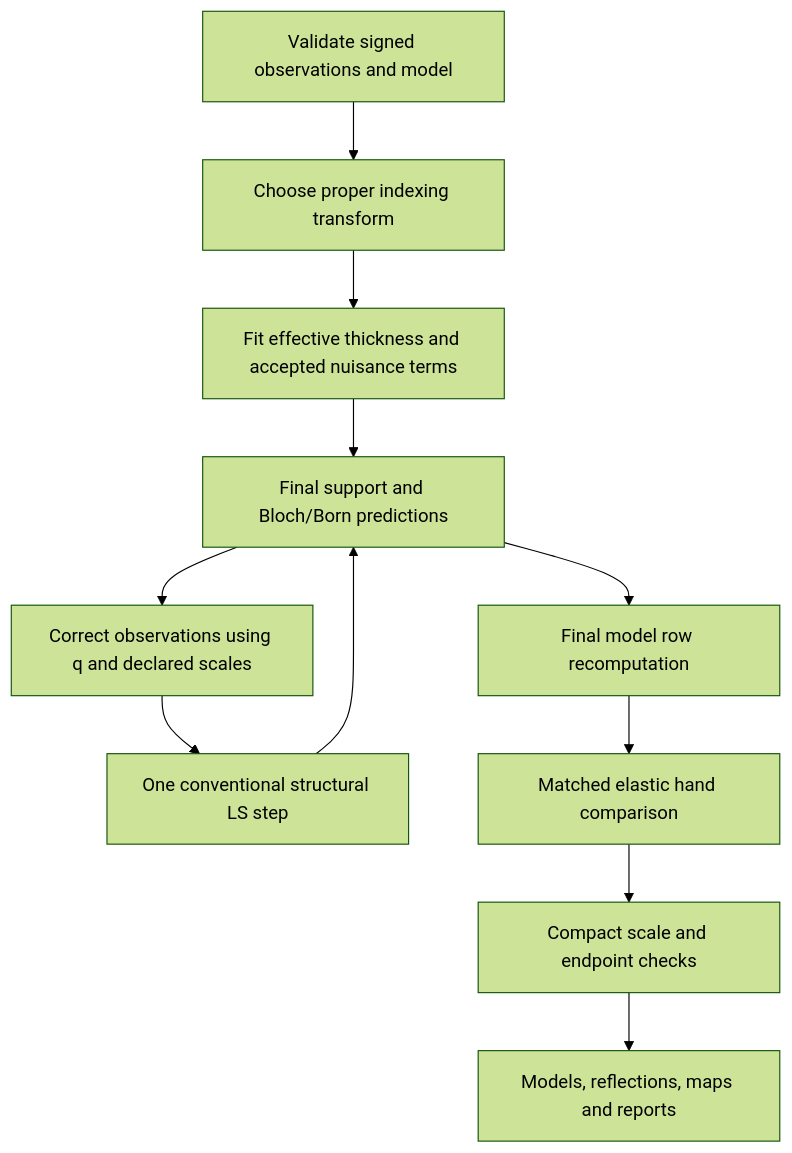
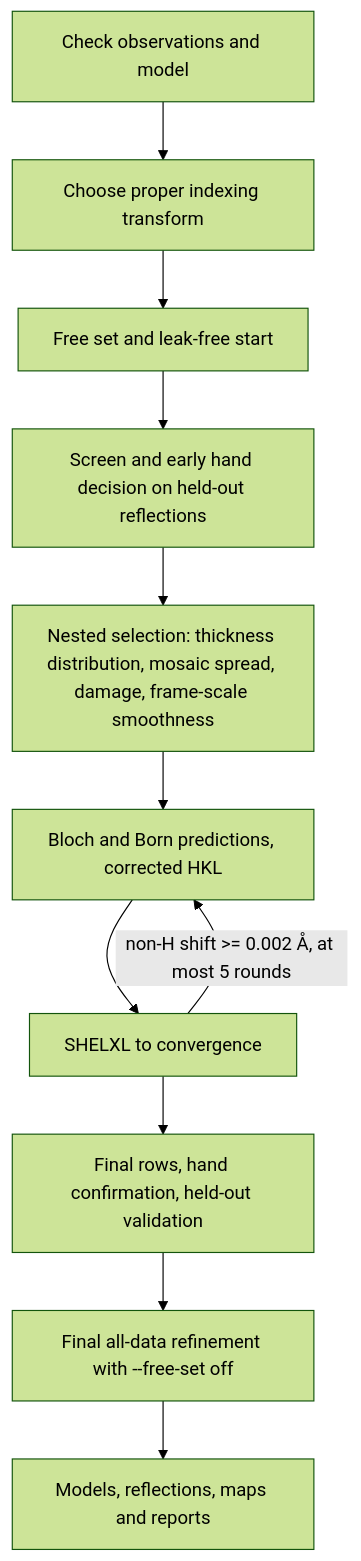
Before and after one commit to Martynowycz-Lab/GROND: the second of 2 diagrams in docs/CODE_MAP.md, drawn with Mermaid (forest theme). The commit also changed other lines of this file and 430 other files, not shown here.

````diff
--- a/docs/CODE_MAP.md
+++ b/docs/CODE_MAP.md
@@ -52,13 +55,13 @@
 ```mermaid
 flowchart TD
-    A[Validate signed observations and model] --> B[Choose proper indexing transform]
-    B --> C[Fit effective thickness and accepted nuisance terms]
-    C --> D[Final support and Bloch/Born predictions]
-    D --> E[Correct observations using q and declared scales]
-    E --> F[One conventional structural LS step]
-    F --> D
-    D --> G[Final model row recomputation]
-    G --> H[Matched elastic hand comparison]
-    H --> I[Compact scale and endpoint checks]
+    A[Check observations and model] --> B[Choose proper indexing transform]
+    B --> C[Free set and leak-free start]
+    C --> D[Screen and early hand decision on held-out reflections]
+    D --> E[Nested selection: thickness distribution, mosaic spread, damage, frame-scale smoothness]
+    E --> F[Bloch and Born predictions, corrected HKL]
+    F --> G[SHELXL to convergence]
+    G -->|non-H shift >= 0.002 Å, at most 5 rounds| F
+    G --> H[Final rows, hand confirmation, held-out validation]
+    H --> I[Final all-data refinement with --free-set off]
     I --> J[Models, reflections, maps and reports]
 ```
````
